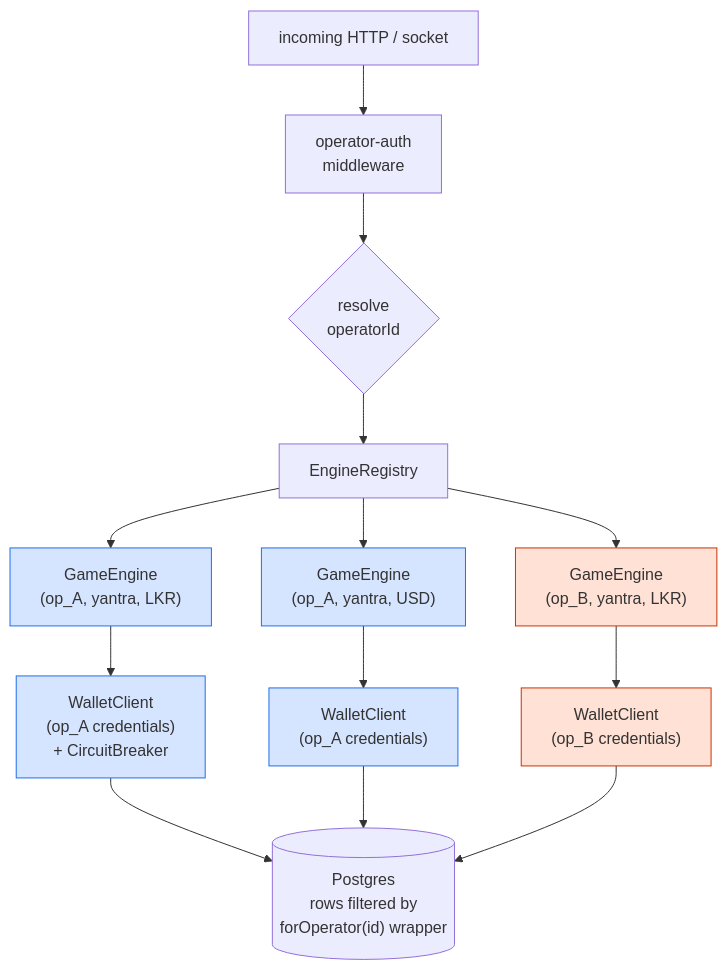
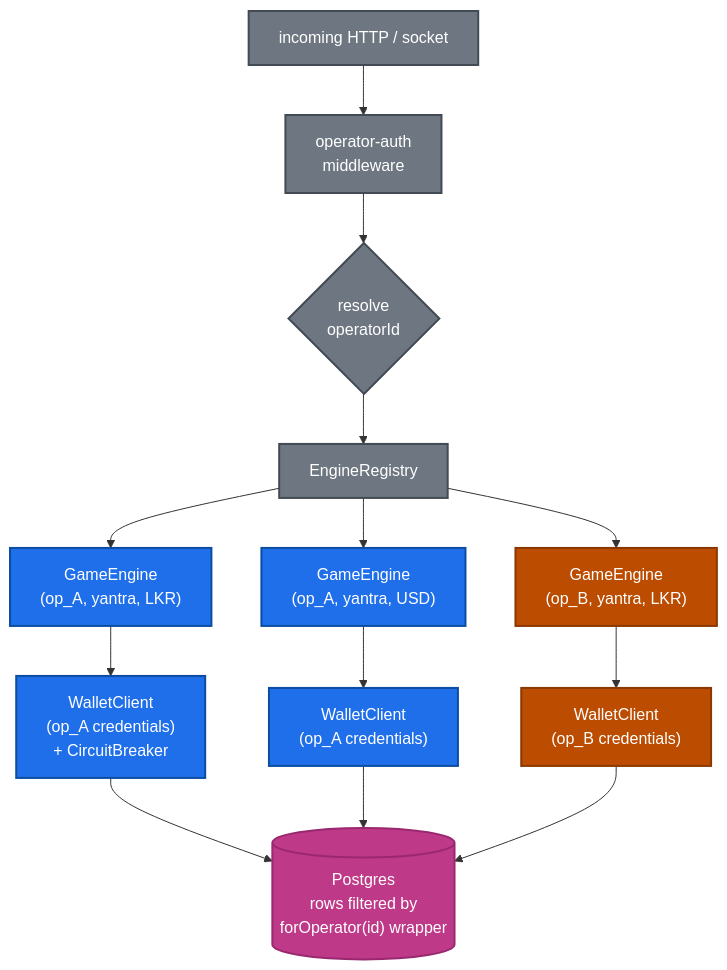
Before and after one commit to dinethlive/yantra-gaming: the seventh of 9 diagrams in docs/architecture.md, drawn with Mermaid. The commit also changed other lines of this file, not shown here.

First line of the commit message:
docs(architecture): fix mermaid rendering and color contrast

````diff
--- a/docs/architecture.md
+++ b/docs/architecture.md
@@ -301,20 +260,24 @@
 ```mermaid
 flowchart TB
     req["incoming HTTP / socket"] --> auth["operator-auth<br/>middleware"]
     auth --> opid{"resolve<br/>operatorId"}
     opid --> reg["EngineRegistry"]
     reg --> eng1["GameEngine<br/>(op_A, yantra, LKR)"]
     reg --> eng2["GameEngine<br/>(op_A, yantra, USD)"]
     reg --> eng3["GameEngine<br/>(op_B, yantra, LKR)"]
     eng1 --> wc1["WalletClient<br/>(op_A credentials)<br/>+ CircuitBreaker"]
     eng2 --> wc2["WalletClient<br/>(op_A credentials)"]
     eng3 --> wc3["WalletClient<br/>(op_B credentials)"]
     wc1 --> db[("Postgres<br/>rows filtered by<br/>forOperator(id) wrapper")]
     wc2 --> db
     wc3 --> db
 
-    classDef op1 fill:#d6e5ff,stroke:#1f6feb;
-    classDef op2 fill:#ffe1d6,stroke:#cc3300;
+    classDef op1 fill:#1f6feb,stroke:#0b4da0,stroke-width:2px,color:#fff;
+    classDef op2 fill:#bc4c00,stroke:#8a3800,stroke-width:2px,color:#fff;
+    classDef infra fill:#6e7781,stroke:#424a53,stroke-width:2px,color:#fff;
+    classDef ds fill:#bf3989,stroke:#99286e,stroke-width:2px,color:#fff;
     class eng1,eng2,wc1,wc2 op1;
     class eng3,wc3 op2;
+    class req,auth,opid,reg infra;
+    class db ds;
 ```
````
